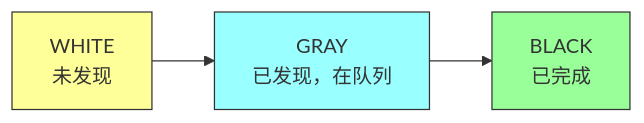
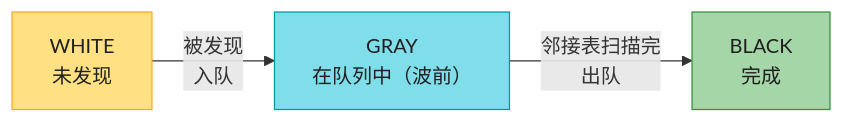
The second of 10 diagrams in IntroductionToAlgorithms/Chapter20_基本图算法_深度版.md (socoo123/book_reading), drawn with Mermaid before and after one commit. The commit also changed other lines of this file and 30 other files, not shown here.

````diff
--- a/IntroductionToAlgorithms/Chapter20_基本图算法_深度版.md
+++ b/IntroductionToAlgorithms/Chapter20_基本图算法_深度版.md
@@ -354,9 +81,12 @@
 ```mermaid
 flowchart LR
-    W["WHITE<br/>未发现"] --> G["GRAY<br/>已发现，在队列"]
-    G --> B["BLACK<br/>已完成"]
+    W["WHITE<br/>未发现"] -->|"被发现<br/>入队"| G["GRAY<br/>在队列中（波前）"]
+    G -->|"邻接表扫描完<br/>出队"| B["BLACK<br/>完成"]
 
-    style W fill:#ff9,stroke:#333
-    style G fill:#9ff,stroke:#333
-    style B fill:#9f9,stroke:#333
+    classDef start fill:#FFE082,stroke:#F9A825,color:#1f1f1f
+    classDef process fill:#80DEEA,stroke:#0097A7,color:#1f1f1f
+    classDef done fill:#A5D6A7,stroke:#388E3C,color:#1f1f1f
+    class W start
+    class G process
+    class B done
 ```
````
